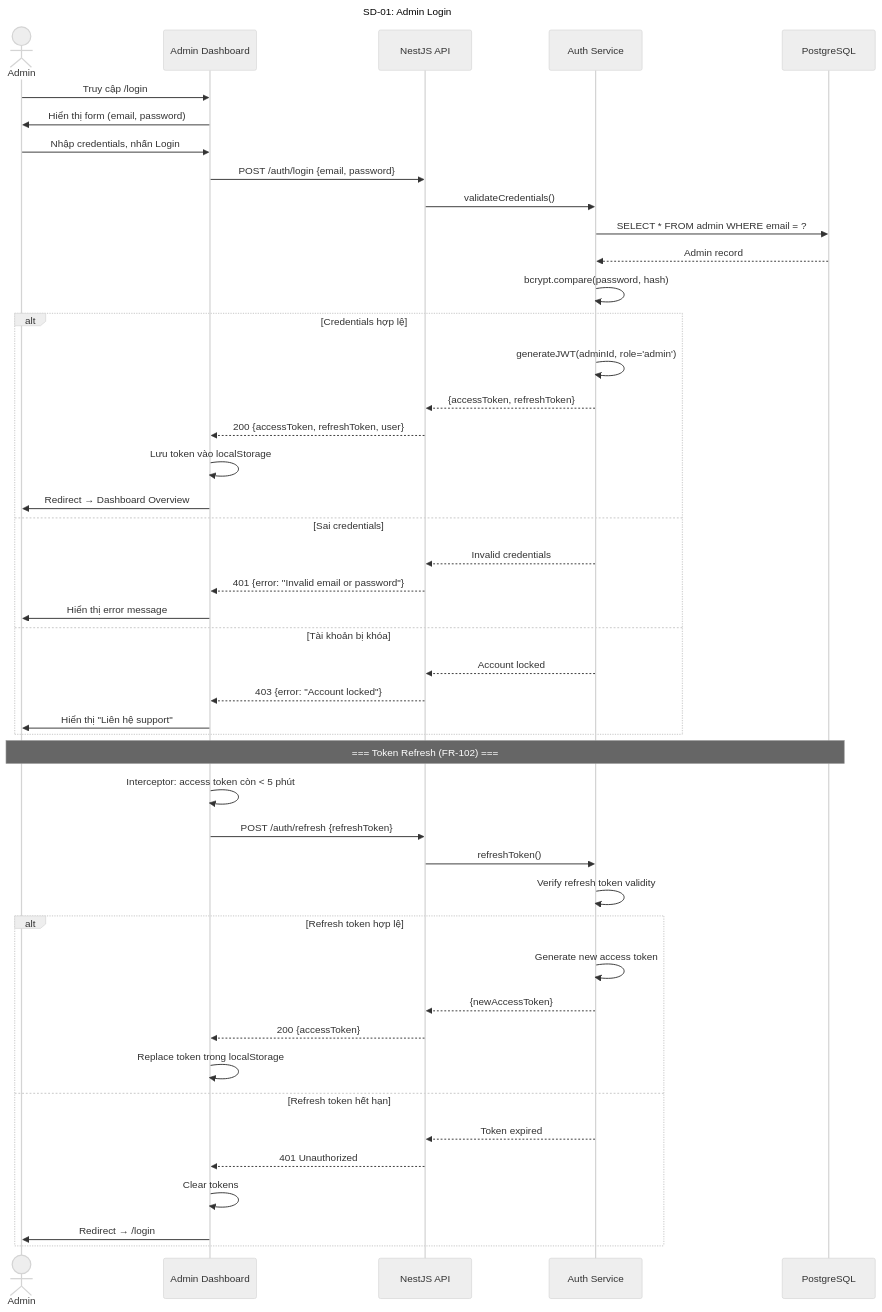
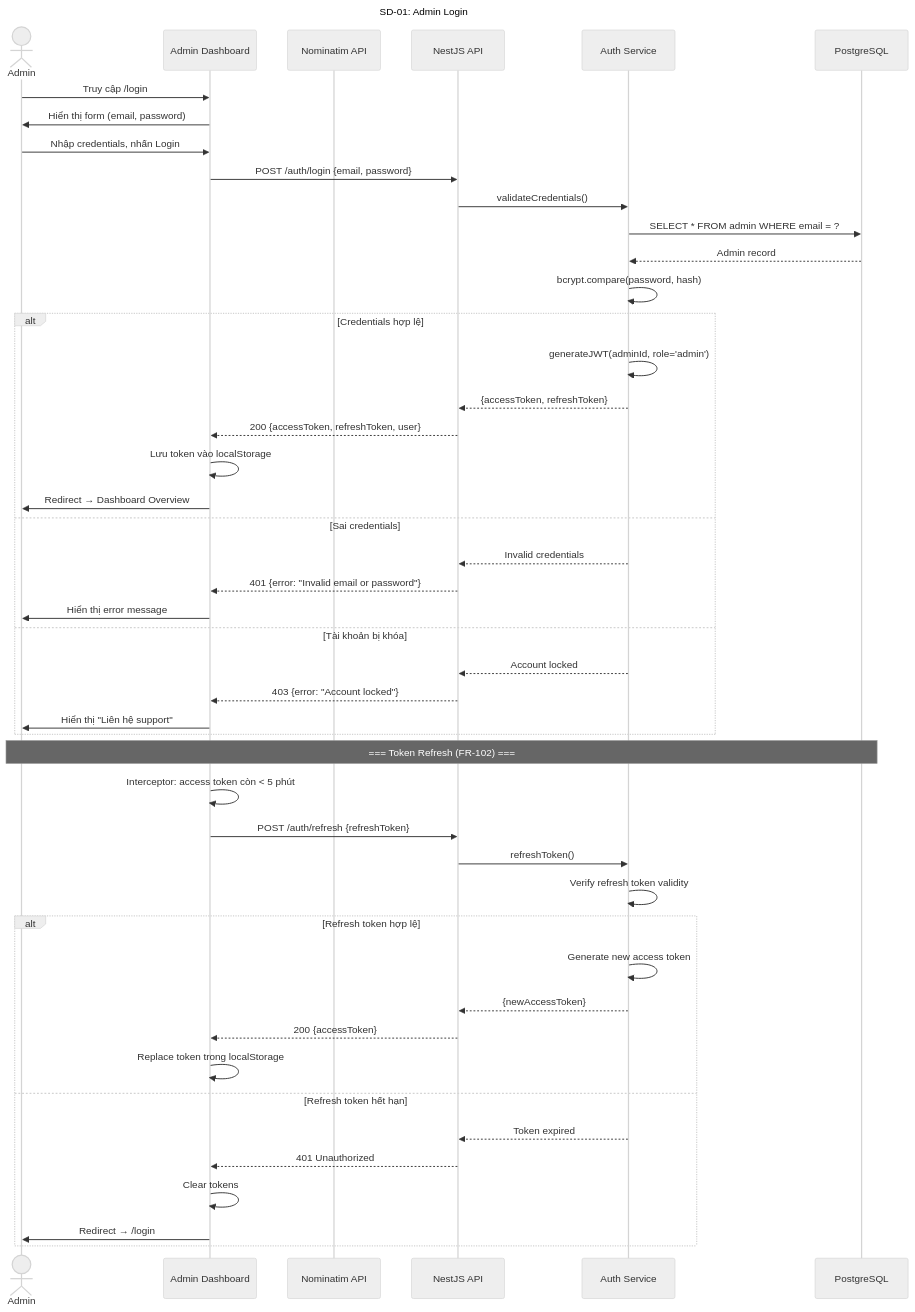
Before and after one commit to Ttuandatt/Seminar: the first of 17 diagrams in docs/step3_prd/15_sequence_diagrams.md, drawn with Mermaid (neutral theme). The commit also changed other lines of this file and 13 other files, not shown here.

Commit message:
docs(prd): update personas, user stories, requirements, diagrams to reflect latest features

````diff
--- a/docs/step3_prd/15_sequence_diagrams.md
+++ b/docs/step3_prd/15_sequence_diagrams.md
@@ -36,51 +36,52 @@
 ```mermaid
 sequenceDiagram
     title SD-01: Admin Login
     actor Admin
     participant UI as Admin Dashboard
+    participant Geo as Nominatim API
     participant API as NestJS API
     participant Auth as Auth Service
     participant DB as PostgreSQL
 
     Admin->>UI: Truy cập /login
     UI->>Admin: Hiển thị form (email, password)
     Admin->>UI: Nhập credentials, nhấn Login
     UI->>API: POST /auth/login {email, password}
     API->>Auth: validateCredentials()
     Auth->>DB: SELECT * FROM admin WHERE email = ?
     DB-->>Auth: Admin record
     Auth->>Auth: bcrypt.compare(password, hash)
     
     alt Credentials hợp lệ
         Auth->>Auth: generateJWT(adminId, role='admin')
         Auth-->>API: {accessToken, refreshToken}
         API-->>UI: 200 {accessToken, refreshToken, user}
         UI->>UI: Lưu token vào localStorage
         UI->>Admin: Redirect → Dashboard Overview
     else Sai credentials
         Auth-->>API: Invalid credentials
         API-->>UI: 401 {error: "Invalid email or password"}
         UI->>Admin: Hiển thị error message
     else Tài khoản bị khóa
         Auth-->>API: Account locked
         API-->>UI: 403 {error: "Account locked"}
         UI->>Admin: Hiển thị "Liên hệ support"
     end
 
     Note over Admin, DB: === Token Refresh (FR-102) ===
     UI->>UI: Interceptor: access token còn < 5 phút
     UI->>API: POST /auth/refresh {refreshToken}
     API->>Auth: refreshToken()
     Auth->>Auth: Verify refresh token validity
     alt Refresh token hợp lệ
         Auth->>Auth: Generate new access token
         Auth-->>API: {newAccessToken}
         API-->>UI: 200 {accessToken}
         UI->>UI: Replace token trong localStorage
     else Refresh token hết hạn
         Auth-->>API: Token expired
         API-->>UI: 401 Unauthorized
         UI->>UI: Clear tokens
         UI->>Admin: Redirect → /login
     end
 ```
````
